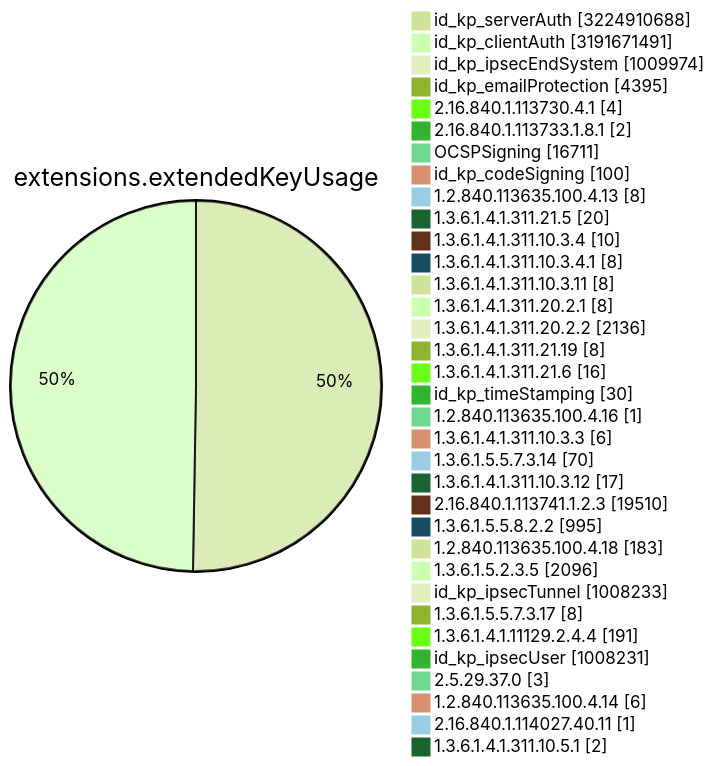
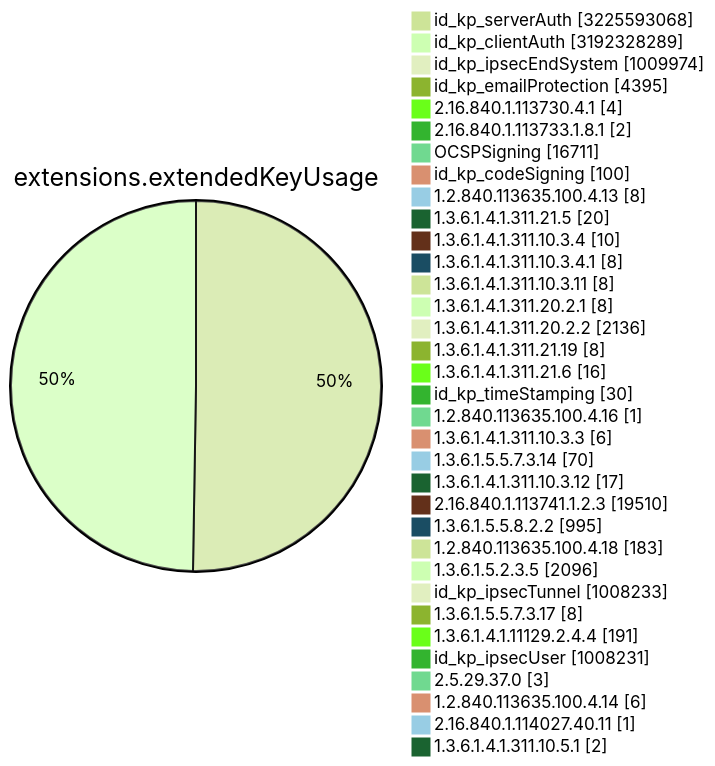
Diagram 11 of 15 in TOTAL/README.md (christiankrug/ctmonitor_visualization), drawn with Mermaid (forest theme) before and after one commit. The commit also changed other lines of this file, not shown here.

````diff
--- a/TOTAL/README.md
+++ b/TOTAL/README.md
@@ -4119,38 +4119,38 @@
 ```mermaid
 pie showData
 title extensions.extendedKeyUsage
-"id_kp_serverAuth" :3224910688
-"id_kp_clientAuth" :3191671491
+"id_kp_serverAuth" :3225593068
+"id_kp_clientAuth" :3192328289
 "id_kp_ipsecEndSystem" :1009974
 "id_kp_emailProtection" :4395
 "2.16.840.1.113730.4.1" :4
 "2.16.840.1.113733.1.8.1" :2
 "OCSPSigning" :16711
 "id_kp_codeSigning" :100
 "1.2.840.113635.100.4.13" :8
 "1.3.6.1.4.1.311.21.5" :20
 "1.3.6.1.4.1.311.10.3.4" :10
 "1.3.6.1.4.1.311.10.3.4.1" :8
 "1.3.6.1.4.1.311.10.3.11" :8
 "1.3.6.1.4.1.311.20.2.1" :8
 "1.3.6.1.4.1.311.20.2.2" :2136
 "1.3.6.1.4.1.311.21.19" :8
 "1.3.6.1.4.1.311.21.6" :16
 "id_kp_timeStamping" :30
 "1.2.840.113635.100.4.16" :1
 "1.3.6.1.4.1.311.10.3.3" :6
 "1.3.6.1.5.5.7.3.14" :70
 "1.3.6.1.4.1.311.10.3.12" :17
 "2.16.840.1.113741.1.2.3" :19510
 "1.3.6.1.5.5.8.2.2" :995
 "1.2.840.113635.100.4.18" :183
 "1.3.6.1.5.2.3.5" :2096
 "id_kp_ipsecTunnel" :1008233
 "1.3.6.1.5.5.7.3.17" :8
 "1.3.6.1.4.1.11129.2.4.4" :191
 "id_kp_ipsecUser" :1008231
 "2.5.29.37.0" :3
 "1.2.840.113635.100.4.14" :6
 "2.16.840.1.114027.40.11" :1
 "1.3.6.1.4.1.311.10.5.1" :2
 ```
````
